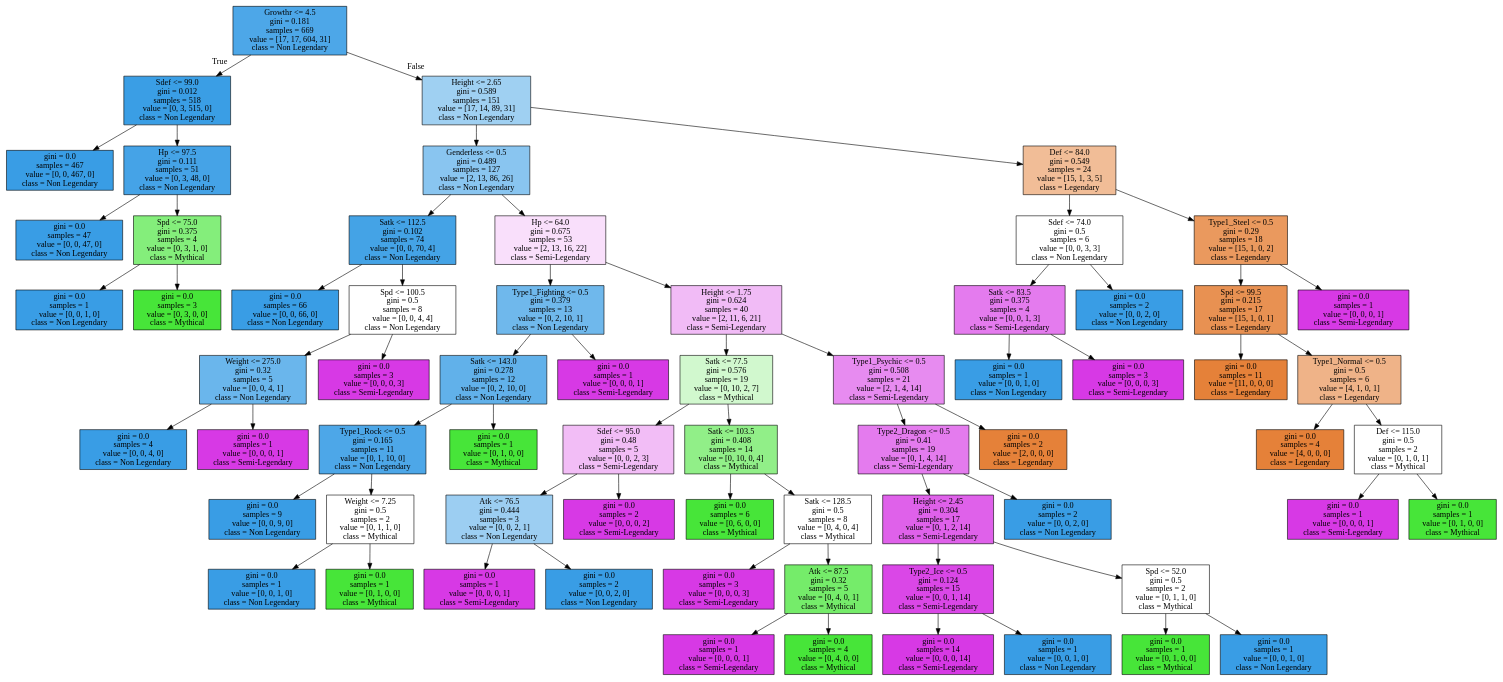
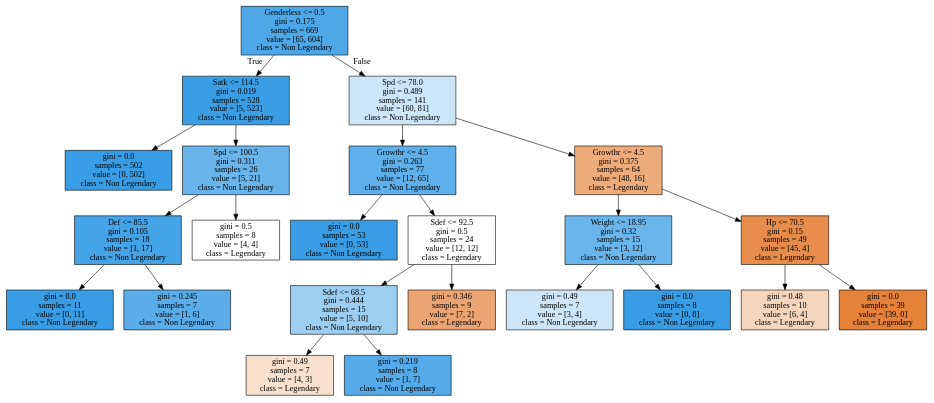
One commit to paqui003/pokemon_analysis changed the diagram in Pokemon/figures/tree.dot. Above: the diagram before and after it, drawn with Graphviz. The commit also changed 39 other files, not shown here.

```diff
--- a/Pokemon/figures/tree.dot
+++ b/Pokemon/figures/tree.dot
@@ -1,136 +1,48 @@
 digraph Tree {
 node [shape=box, style="filled", color="black"] ;
-0 [label="Growthr <= 4.5\ngini = 0.181\nsamples = 669\nvalue = [17, 17, 604, 31]\nclass = Non Legendary", fillcolor="#4da7e8"] ;
-1 [label="Sdef <= 99.0\ngini = 0.012\nsamples = 518\nvalue = [0, 3, 515, 0]\nclass = Non Legendary", fillcolor="#3a9ee5"] ;
+0 [label="Genderless <= 0.5\ngini = 0.175\nsamples = 669\nvalue = [65, 604]\nclass = Non Legendary", fillcolor="#4ea8e8"] ;
+1 [label="Satk <= 114.5\ngini = 0.019\nsamples = 528\nvalue = [5, 523]\nclass = Non Legendary", fillcolor="#3b9ee5"] ;
 0 -> 1 [labeldistance=2.5, labelangle=45, headlabel="True"] ;
-2 [label="gini = 0.0\nsamples = 467\nvalue = [0, 0, 467, 0]\nclass = Non Legendary", fillcolor="#399de5"] ;
-1 -> 2 ;
-3 [label="Hp <= 97.5\ngini = 0.111\nsamples = 51\nvalue = [0, 3, 48, 0]\nclass = Non Legendary", fillcolor="#45a3e7"] ;
-1 -> 3 ;
-4 [label="gini = 0.0\nsamples = 47\nvalue = [0, 0, 47, 0]\nclass = Non Legendary", fillcolor="#399de5"] ;
-3 -> 4 ;
-5 [label="Spd <= 75.0\ngini = 0.375\nsamples = 4\nvalue = [0, 3, 1, 0]\nclass = Mythical", fillcolor="#84ee7b"] ;
-3 -> 5 ;
-6 [label="gini = 0.0\nsamples = 1\nvalue = [0, 0, 1, 0]\nclass = Non Legendary", fillcolor="#399de5"] ;
-5 -> 6 ;
-7 [label="gini = 0.0\nsamples = 3\nvalue = [0, 3, 0, 0]\nclass = Mythical", fillcolor="#47e539"] ;
-5 -> 7 ;
-8 [label="Height <= 2.65\ngini = 0.589\nsamples = 151\nvalue = [17, 14, 89, 31]\nclass = Non Legendary", fillcolor="#9fd0f2"] ;
-0 -> 8 [labeldistance=2.5, labelangle=-45, headlabel="False"] ;
-9 [label="Genderless <= 0.5\ngini = 0.489\nsamples = 127\nvalue = [2, 13, 86, 26]\nclass = Non Legendary", fillcolor="#89c5f0"] ;
-8 -> 9 ;
-10 [label="Satk <= 112.5\ngini = 0.102\nsamples = 74\nvalue = [0, 0, 70, 4]\nclass = Non Legendary", fillcolor="#44a3e6"] ;
-9 -> 10 ;
-11 [label="gini = 0.0\nsamples = 66\nvalue = [0, 0, 66, 0]\nclass = Non Legendary", fillcolor="#399de5"] ;
-10 -> 11 ;
-12 [label="Spd <= 100.5\ngini = 0.5\nsamples = 8\nvalue = [0, 0, 4, 4]\nclass = Non Legendary", fillcolor="#ffffff"] ;
-10 -> 12 ;
-13 [label="Weight <= 275.0\ngini = 0.32\nsamples = 5\nvalue = [0, 0, 4, 1]\nclass = Non Legendary", fillcolor="#6ab6ec"] ;
-12 -> 13 ;
-14 [label="gini = 0.0\nsamples = 4\nvalue = [0, 0, 4, 0]\nclass = Non Legendary", fillcolor="#399de5"] ;
-13 -> 14 ;
-15 [label="gini = 0.0\nsamples = 1\nvalue = [0, 0, 0, 1]\nclass = Semi-Legendary", fillcolor="#d739e5"] ;
-13 -> 15 ;
-16 [label="gini = 0.0\nsamples = 3\nvalue = [0, 0, 0, 3]\nclass = Semi-Legendary", fillcolor="#d739e5"] ;
-12 -> 16 ;
-17 [label="Hp <= 64.0\ngini = 0.675\nsamples = 53\nvalue = [2, 13, 16, 22]\nclass = Semi-Legendary", fillcolor="#f9dffb"] ;
-9 -> 17 ;
-18 [label="Type1_Fighting <= 0.5\ngini = 0.379\nsamples = 13\nvalue = [0, 2, 10, 1]\nclass = Non Legendary", fillcolor="#6fb8ec"] ;
-17 -> 18 ;
-19 [label="Satk <= 143.0\ngini = 0.278\nsamples = 12\nvalue = [0, 2, 10, 0]\nclass = Non Legendary", fillcolor="#61b1ea"] ;
-18 -> 19 ;
-20 [label="Type1_Rock <= 0.5\ngini = 0.165\nsamples = 11\nvalue = [0, 1, 10, 0]\nclass = Non Legendary", fillcolor="#4da7e8"] ;
-19 -> 20 ;
-21 [label="gini = 0.0\nsamples = 9\nvalue = [0, 0, 9, 0]\nclass = Non Legendary", fillcolor="#399de5"] ;
-20 -> 21 ;
-22 [label="Weight <= 7.25\ngini = 0.5\nsamples = 2\nvalue = [0, 1, 1, 0]\nclass = Mythical", fillcolor="#ffffff"] ;
-20 -> 22 ;
-23 [label="gini = 0.0\nsamples = 1\nvalue = [0, 0, 1, 0]\nclass = Non Legendary", fillcolor="#399de5"] ;
-22 -> 23 ;
-24 [label="gini = 0.0\nsamples = 1\nvalue = [0, 1, 0, 0]\nclass = Mythical", fillcolor="#47e539"] ;
-22 -> 24 ;
-25 [label="gini = 0.0\nsamples = 1\nvalue = [0, 1, 0, 0]\nclass = Mythical", fillcolor="#47e539"] ;
-19 -> 25 ;
-26 [label="gini = 0.0\nsamples = 1\nvalue = [0, 0, 0, 1]\nclass = Semi-Legendary", fillcolor="#d739e5"] ;
-18 -> 26 ;
-27 [label="Height <= 1.75\ngini = 0.624\nsamples = 40\nvalue = [2, 11, 6, 21]\nclass = Semi-Legendary", fillcolor="#f1bbf6"] ;
-17 -> 27 ;
-28 [label="Satk <= 77.5\ngini = 0.576\nsamples = 19\nvalue = [0, 10, 2, 7]\nclass = Mythical", fillcolor="#d1f8ce"] ;
-27 -> 28 ;
-29 [label="Sdef <= 95.0\ngini = 0.48\nsamples = 5\nvalue = [0, 0, 2, 3]\nclass = Semi-Legendary", fillcolor="#f2bdf6"] ;
-28 -> 29 ;
-30 [label="Atk <= 76.5\ngini = 0.444\nsamples = 3\nvalue = [0, 0, 2, 1]\nclass = Non Legendary", fillcolor="#9ccef2"] ;
-29 -> 30 ;
-31 [label="gini = 0.0\nsamples = 1\nvalue = [0, 0, 0, 1]\nclass = Semi-Legendary", fillcolor="#d739e5"] ;
-30 -> 31 ;
-32 [label="gini = 0.0\nsamples = 2\nvalue = [0, 0, 2, 0]\nclass = Non Legendary", fillcolor="#399de5"] ;
-30 -> 32 ;
-33 [label="gini = 0.0\nsamples = 2\nvalue = [0, 0, 0, 2]\nclass = Semi-Legendary", fillcolor="#d739e5"] ;
-29 -> 33 ;
-34 [label="Satk <= 103.5\ngini = 0.408\nsamples = 14\nvalue = [0, 10, 0, 4]\nclass = Mythical", fillcolor="#91ef88"] ;
-28 -> 34 ;
-35 [label="gini = 0.0\nsamples = 6\nvalue = [0, 6, 0, 0]\nclass = Mythical", fillcolor="#47e539"] ;
-34 -> 35 ;
-36 [label="Satk <= 128.5\ngini = 0.5\nsamples = 8\nvalue = [0, 4, 0, 4]\nclass = Mythical", fillcolor="#ffffff"] ;
-34 -> 36 ;
-37 [label="gini = 0.0\nsamples = 3\nvalue = [0, 0, 0, 3]\nclass = Semi-Legendary", fillcolor="#d739e5"] ;
-36 -> 37 ;
-38 [label="Atk <= 87.5\ngini = 0.32\nsamples = 5\nvalue = [0, 4, 0, 1]\nclass = Mythical", fillcolor="#75ec6a"] ;
-36 -> 38 ;
-39 [label="gini = 0.0\nsamples = 1\nvalue = [0, 0, 0, 1]\nclass = Semi-Legendary", fillcolor="#d739e5"] ;
-38 -> 39 ;
-40 [label="gini = 0.0\nsamples = 4\nvalue = [0, 4, 0, 0]\nclass = Mythical", fillcolor="#47e539"] ;
-38 -> 40 ;
-41 [label="Type1_Psychic <= 0.5\ngini = 0.508\nsamples = 21\nvalue = [2, 1, 4, 14]\nclass = Semi-Legendary", fillcolor="#e78bf0"] ;
-27 -> 41 ;
-42 [label="Type2_Dragon <= 0.5\ngini = 0.41\nsamples = 19\nvalue = [0, 1, 4, 14]\nclass = Semi-Legendary", fillcolor="#e47bee"] ;
-41 -> 42 ;
-43 [label="Height <= 2.45\ngini = 0.304\nsamples = 17\nvalue = [0, 1, 2, 14]\nclass = Semi-Legendary", fillcolor="#df61ea"] ;
-42 -> 43 ;
-44 [label="Type2_Ice <= 0.5\ngini = 0.124\nsamples = 15\nvalue = [0, 0, 1, 14]\nclass = Semi-Legendary", fillcolor="#da47e7"] ;
-43 -> 44 ;
-45 [label="gini = 0.0\nsamples = 14\nvalue = [0, 0, 0, 14]\nclass = Semi-Legendary", fillcolor="#d739e5"] ;
-44 -> 45 ;
-46 [label="gini = 0.0\nsamples = 1\nvalue = [0, 0, 1, 0]\nclass = Non Legendary", fillcolor="#399de5"] ;
-44 -> 46 ;
-47 [label="Spd <= 52.0\ngini = 0.5\nsamples = 2\nvalue = [0, 1, 1, 0]\nclass = Mythical", fillcolor="#ffffff"] ;
-43 -> 47 ;
-48 [label="gini = 0.0\nsamples = 1\nvalue = [0, 1, 0, 0]\nclass = Mythical", fillcolor="#47e539"] ;
-47 -> 48 ;
-49 [label="gini = 0.0\nsamples = 1\nvalue = [0, 0, 1, 0]\nclass = Non Legendary", fillcolor="#399de5"] ;
-47 -> 49 ;
-50 [label="gini = 0.0\nsamples = 2\nvalue = [0, 0, 2, 0]\nclass = Non Legendary", fillcolor="#399de5"] ;
-42 -> 50 ;
-51 [label="gini = 0.0\nsamples = 2\nvalue = [2, 0, 0, 0]\nclass = Legendary", fillcolor="#e58139"] ;
-41 -> 51 ;
-52 [label="Def <= 84.0\ngini = 0.549\nsamples = 24\nvalue = [15, 1, 3, 5]\nclass = Legendary", fillcolor="#f1bd97"] ;
-8 -> 52 ;
-53 [label="Sdef <= 74.0\ngini = 0.5\nsamples = 6\nvalue = [0, 0, 3, 3]\nclass = Non Legendary", fillcolor="#ffffff"] ;
-52 -> 53 ;
-54 [label="Satk <= 83.5\ngini = 0.375\nsamples = 4\nvalue = [0, 0, 1, 3]\nclass = Semi-Legendary", fillcolor="#e47bee"] ;
-53 -> 54 ;
-55 [label="gini = 0.0\nsamples = 1\nvalue = [0, 0, 1, 0]\nclass = Non Legendary", fillcolor="#399de5"] ;
-54 -> 55 ;
-56 [label="gini = 0.0\nsamples = 3\nvalue = [0, 0, 0, 3]\nclass = Semi-Legendary", fillcolor="#d739e5"] ;
-54 -> 56 ;
-57 [label="gini = 0.0\nsamples = 2\nvalue = [0, 0, 2, 0]\nclass = Non Legendary", fillcolor="#399de5"] ;
-53 -> 57 ;
-58 [label="Type1_Steel <= 0.5\ngini = 0.29\nsamples = 18\nvalue = [15, 1, 0, 2]\nclass = Legendary", fillcolor="#ea995e"] ;
-52 -> 58 ;
-59 [label="Spd <= 99.5\ngini = 0.215\nsamples = 17\nvalue = [15, 1, 0, 1]\nclass = Legendary", fillcolor="#e89152"] ;
-58 -> 59 ;
-60 [label="gini = 0.0\nsamples = 11\nvalue = [11, 0, 0, 0]\nclass = Legendary", fillcolor="#e58139"] ;
-59 -> 60 ;
-61 [label="Type1_Normal <= 0.5\ngini = 0.5\nsamples = 6\nvalue = [4, 1, 0, 1]\nclass = Legendary", fillcolor="#efb388"] ;
-59 -> 61 ;
-62 [label="gini = 0.0\nsamples = 4\nvalue = [4, 0, 0, 0]\nclass = Legendary", fillcolor="#e58139"] ;
-61 -> 62 ;
-63 [label="Def <= 115.0\ngini = 0.5\nsamples = 2\nvalue = [0, 1, 0, 1]\nclass = Mythical", fillcolor="#ffffff"] ;
-61 -> 63 ;
-64 [label="gini = 0.0\nsamples = 1\nvalue = [0, 0, 0, 1]\nclass = Semi-Legendary", fillcolor="#d739e5"] ;
-63 -> 64 ;
-65 [label="gini = 0.0\nsamples = 1\nvalue = [0, 1, 0, 0]\nclass = Mythical", fillcolor="#47e539"] ;
-63 -> 65 ;
-66 [label="gini = 0.0\nsamples = 1\nvalue = [0, 0, 0, 1]\nclass = Semi-Legendary", fillcolor="#d739e5"] ;
-58 -> 66 ;
+13 [label="gini = 0.0\nsamples = 502\nvalue = [0, 502]\nclass = Non Legendary", fillcolor="#399de5"] ;
+1 -> 13 ;
+14 [label="Spd <= 100.5\ngini = 0.311\nsamples = 26\nvalue = [5, 21]\nclass = Non Legendary", fillcolor="#68b4eb"] ;
+1 -> 14 ;
+15 [label="Def <= 85.5\ngini = 0.105\nsamples = 18\nvalue = [1, 17]\nclass = Non Legendary", fillcolor="#45a3e7"] ;
+14 -> 15 ;
+21 [label="gini = 0.0\nsamples = 11\nvalue = [0, 11]\nclass = Non Legendary", fillcolor="#399de5"] ;
+15 -> 21 ;
+22 [label="gini = 0.245\nsamples = 7\nvalue = [1, 6]\nclass = Non Legendary", fillcolor="#5aade9"] ;
+15 -> 22 ;
+16 [label="gini = 0.5\nsamples = 8\nvalue = [4, 4]\nclass = Legendary", fillcolor="#ffffff"] ;
+14 -> 16 ;
+2 [label="Spd <= 78.0\ngini = 0.489\nsamples = 141\nvalue = [60, 81]\nclass = Non Legendary", fillcolor="#cce6f8"] ;
+0 -> 2 [labeldistance=2.5, labelangle=-45, headlabel="False"] ;
+3 [label="Growthr <= 4.5\ngini = 0.263\nsamples = 77\nvalue = [12, 65]\nclass = Non Legendary", fillcolor="#5eafea"] ;
+2 -> 3 ;
+7 [label="gini = 0.0\nsamples = 53\nvalue = [0, 53]\nclass = Non Legendary", fillcolor="#399de5"] ;
+3 -> 7 ;
+8 [label="Sdef <= 92.5\ngini = 0.5\nsamples = 24\nvalue = [12, 12]\nclass = Legendary", fillcolor="#ffffff"] ;
+3 -> 8 ;
+11 [label="Sdef <= 68.5\ngini = 0.444\nsamples = 15\nvalue = [5, 10]\nclass = Non Legendary", fillcolor="#9ccef2"] ;
+8 -> 11 ;
+17 [label="gini = 0.49\nsamples = 7\nvalue = [4, 3]\nclass = Legendary", fillcolor="#f8e0ce"] ;
+11 -> 17 ;
+18 [label="gini = 0.219\nsamples = 8\nvalue = [1, 7]\nclass = Non Legendary", fillcolor="#55abe9"] ;
+11 -> 18 ;
+12 [label="gini = 0.346\nsamples = 9\nvalue = [7, 2]\nclass = Legendary", fillcolor="#eca572"] ;
+8 -> 12 ;
+4 [label="Growthr <= 4.5\ngini = 0.375\nsamples = 64\nvalue = [48, 16]\nclass = Legendary", fillcolor="#eeab7b"] ;
+2 -> 4 ;
+5 [label="Weight <= 18.95\ngini = 0.32\nsamples = 15\nvalue = [3, 12]\nclass = Non Legendary", fillcolor="#6ab6ec"] ;
+4 -> 5 ;
+19 [label="gini = 0.49\nsamples = 7\nvalue = [3, 4]\nclass = Non Legendary", fillcolor="#cee6f8"] ;
+5 -> 19 ;
+20 [label="gini = 0.0\nsamples = 8\nvalue = [0, 8]\nclass = Non Legendary", fillcolor="#399de5"] ;
+5 -> 20 ;
+6 [label="Hp <= 70.5\ngini = 0.15\nsamples = 49\nvalue = [45, 4]\nclass = Legendary", fillcolor="#e78c4b"] ;
+4 -> 6 ;
+9 [label="gini = 0.48\nsamples = 10\nvalue = [6, 4]\nclass = Legendary", fillcolor="#f6d5bd"] ;
+6 -> 9 ;
+10 [label="gini = 0.0\nsamples = 39\nvalue = [39, 0]\nclass = Legendary", fillcolor="#e58139"] ;
+6 -> 10 ;
 }
```
